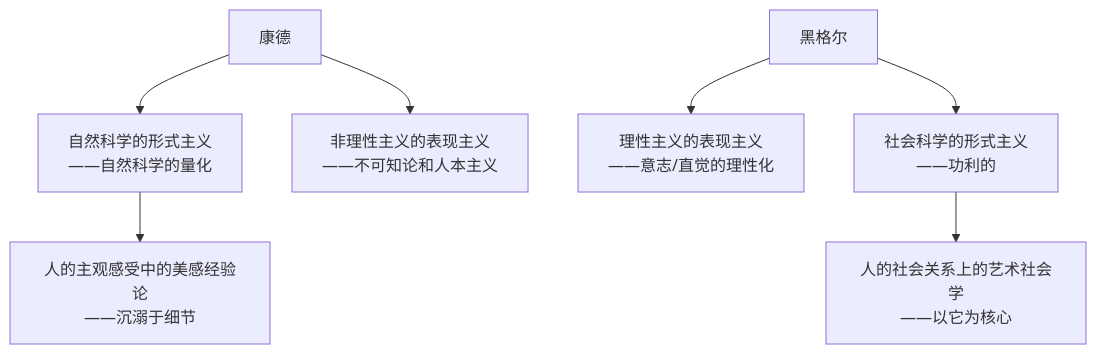
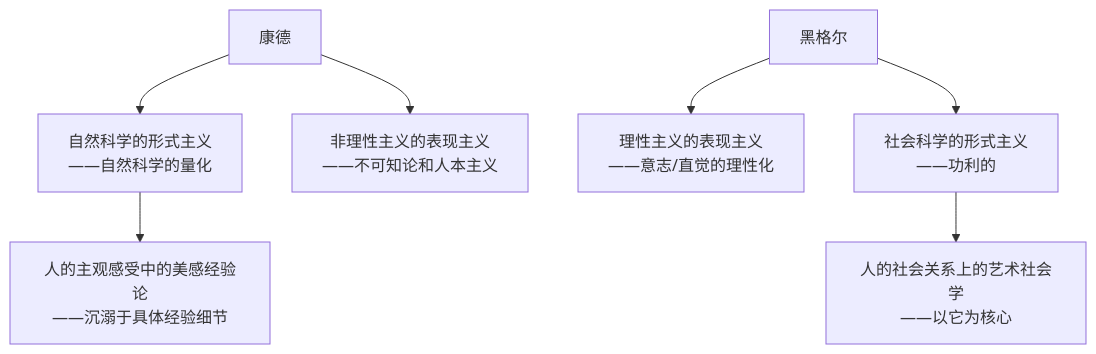
Before and after one commit to gggliuye/gggliuye.github.io: the fifth of 5 diagrams in Philosophy/art/dxm_art.md, drawn with Mermaid. The commit also changed other lines of this file and 4 other files, not shown here.

```diff
--- a/Philosophy/art/dxm_art.md
+++ b/Philosophy/art/dxm_art.md
@@ -585,13 +587,13 @@
   <pre class="mermaid">
         graph TD
         A[康德] --> B["自然科学的形式主义
         ——自然科学的量化"] --> G["人的主观感受中的美感经验论
-        ——沉溺于细节"]
+        ——沉溺于具体经验细节"]
         A --> C["非理性主义的表现主义
         ——不可知论和人本主义"]
         D[黑格尔] --> E["理性主义的表现主义
         ——意志/直觉的理性化"]
         D --> F["社会科学的形式主义
         ——功利的"] --> H["人的社会关系上的艺术社会学
         ——以它为核心"]
   </pre>
```
